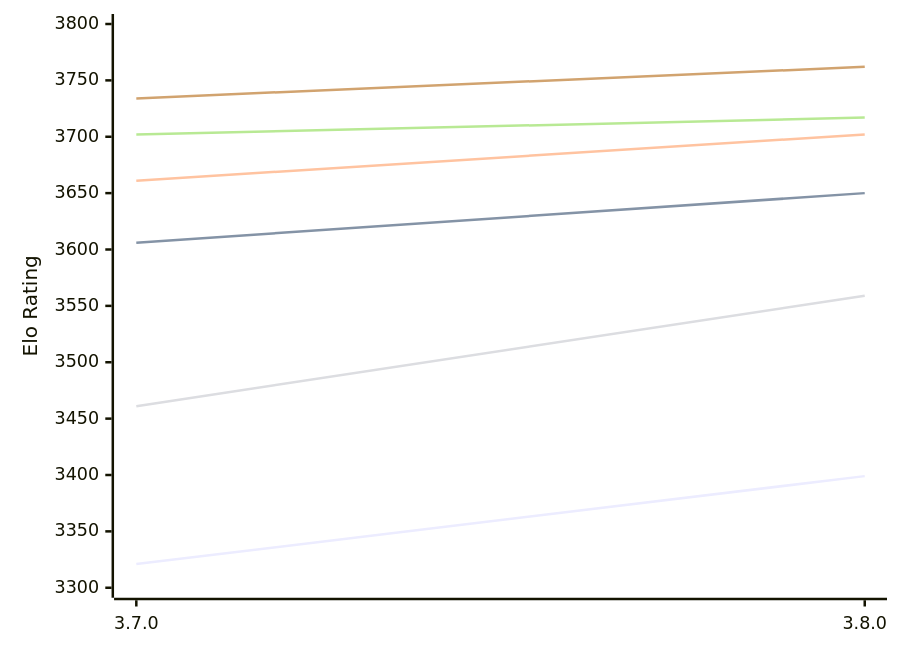
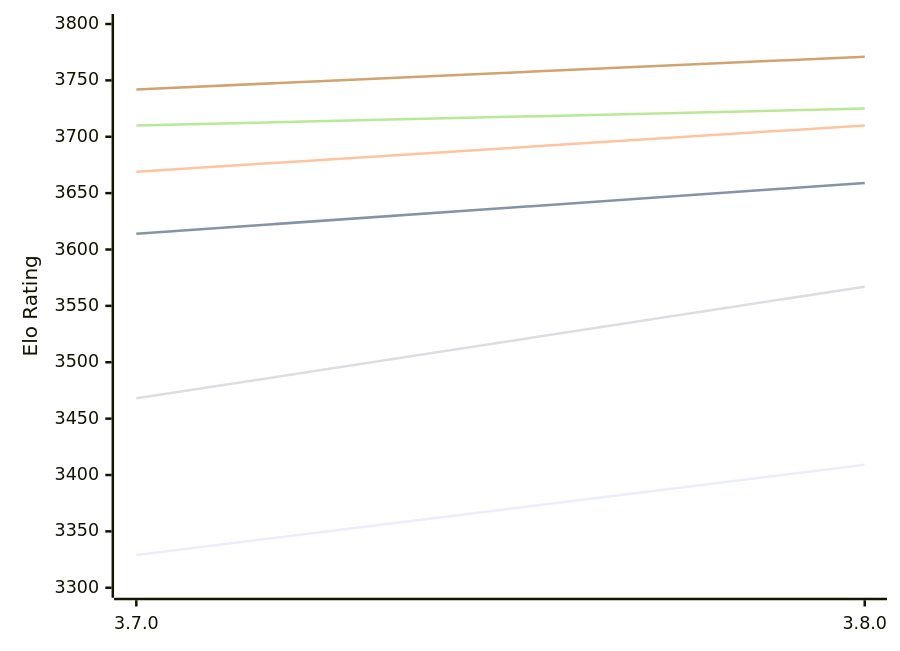
The first of 2 diagrams in engines/Igel.md (computer-chess-index/cci), drawn with Mermaid before and after one commit. The commit also changed other lines of this file, not shown here.

Commit message:
Update CCI Ratings (ELO VLTC) - 2026-11-03

````diff
--- a/engines/Igel.md
+++ b/engines/Igel.md
@@ -51,12 +51,12 @@
 ```mermaid
 %%{init: {"theme":"base","themeVariables":{"seriesColors:['#a3a3a3','#222221','#faa371']}}}%%
 xychart-beta
   x-axis ["3.7.0", "3.8.0"]
   y-axis "Elo Rating" 3300 --> 3800
-  line "E1: STC (8.0+0.08s)" [3321, 3399]
-  line "E1: LTC (60.0+0.60s)" [3606, 3650]
-  line "E1: VLTC (2m24s+1.12s)" [3661, 3702]
-  line "P1: STC (8.0+0.08s)" [3461, 3559]
-  line "P1: LTC (60.0+0.60s)" [3702, 3717]
-  line "P1: VLTC (2m24s+1.12s)" [3734, 3762]
+  line "E1: STC (8.0+0.08s)" [3329, 3409]
+  line "E1: LTC (60.0+0.60s)" [3614, 3659]
+  line "E1: VLTC (2m24s+1.12s)" [3669, 3710]
+  line "P1: STC (8.0+0.08s)" [3468, 3567]
+  line "P1: LTC (60.0+0.60s)" [3710, 3725]
+  line "P1: VLTC (2m24s+1.12s)" [3742, 3771]
 ```
````
